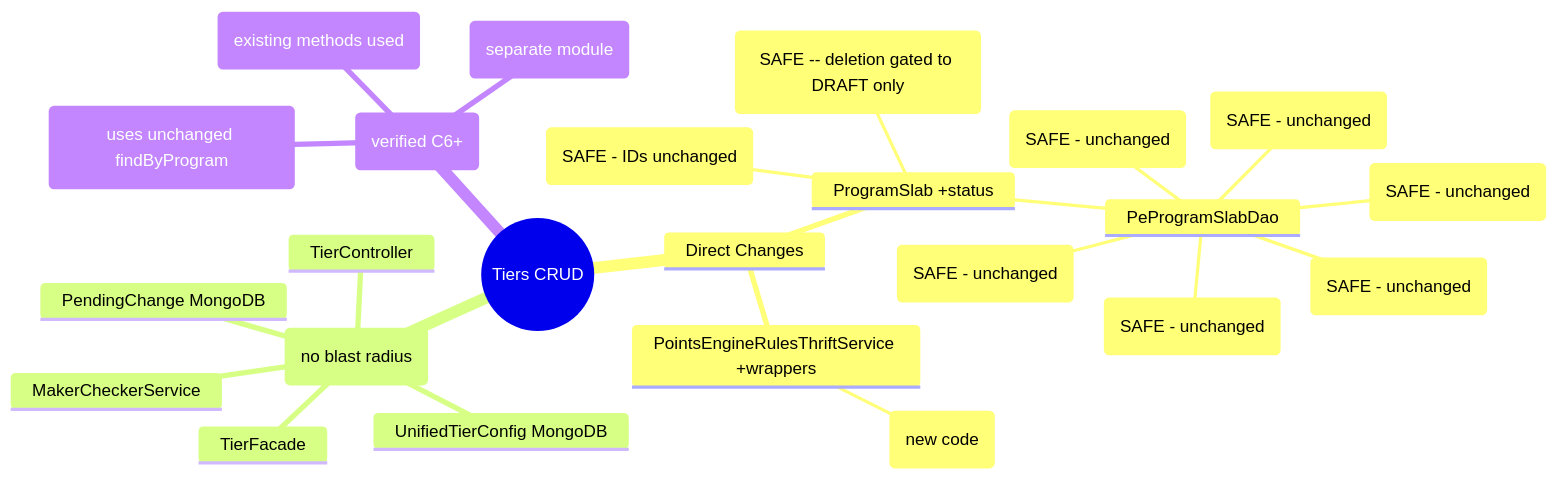
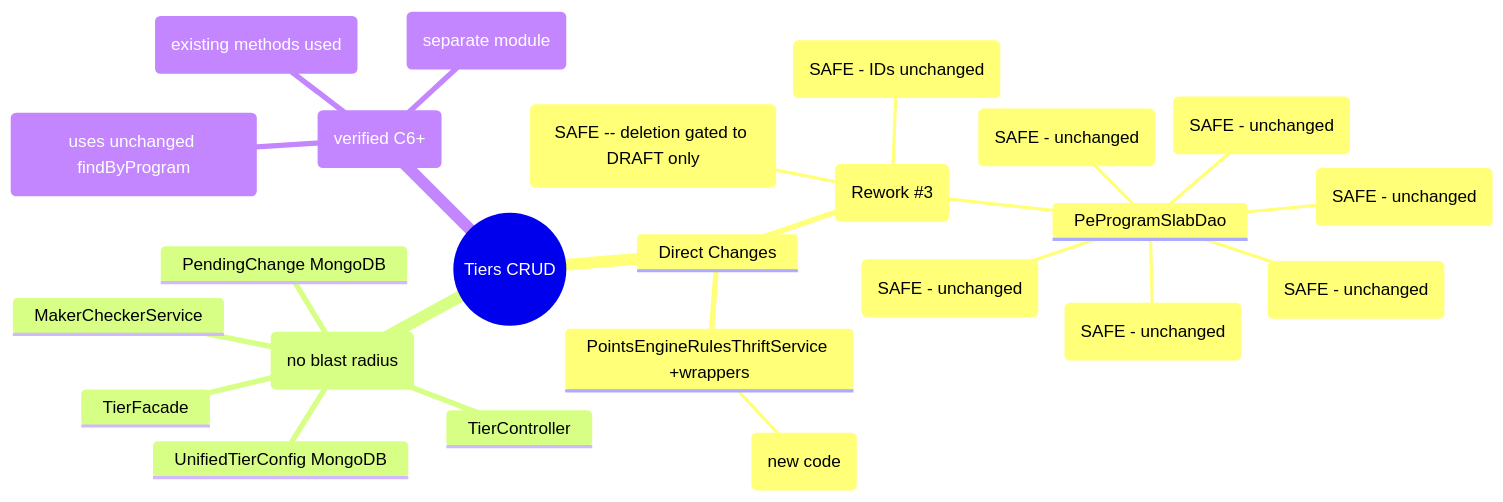
The diagram in docs/pipeline/tier/02-analyst.md (BaljeetSinghCapillaryTech/kalpavriksha), drawn with Mermaid before and after one commit. The commit also changed other lines of this file and 18 other files, not shown here.

First line of the commit message:
raidlc/ai_tier: Clean up stale ProgramSlab status references across all artifacts (Rework #3)

````diff
--- a/docs/pipeline/tier/02-analyst.md
+++ b/docs/pipeline/tier/02-analyst.md
@@ -44,27 +44,27 @@
 ```mermaid
 mindmap
   root((Tiers CRUD))
     Direct Changes
-      ProgramSlab +status
+      ProgramSlab NO CHANGES (Rework #3)
         PeProgramSlabDao
           InfoLookupService (SAFE - unchanged)
           PointsEngineRuleService (SAFE - unchanged)
           PointsReturnService (SAFE - unchanged)
           ProgramCreationService (SAFE - unchanged)
           PointsEngineServiceManager (SAFE - unchanged)
           BulkOrgConfigImportValidator (SAFE - unchanged)
         customer_enrollment FK (SAFE - IDs unchanged)
         PartnerProgramSlab (SAFE -- deletion gated to DRAFT only)
       PointsEngineRulesThriftService +wrappers
         TierChangeApplier (new code)
     New Code (no blast radius)
       TierController
       TierFacade
       UnifiedTierConfig MongoDB
       MakerCheckerService
       PendingChange MongoDB
     Unchanged (verified C6+)
       PEB (uses unchanged findByProgram)
       Thrift IDL (existing methods used)
       UnifiedPromotion (separate module)
 ```
````
